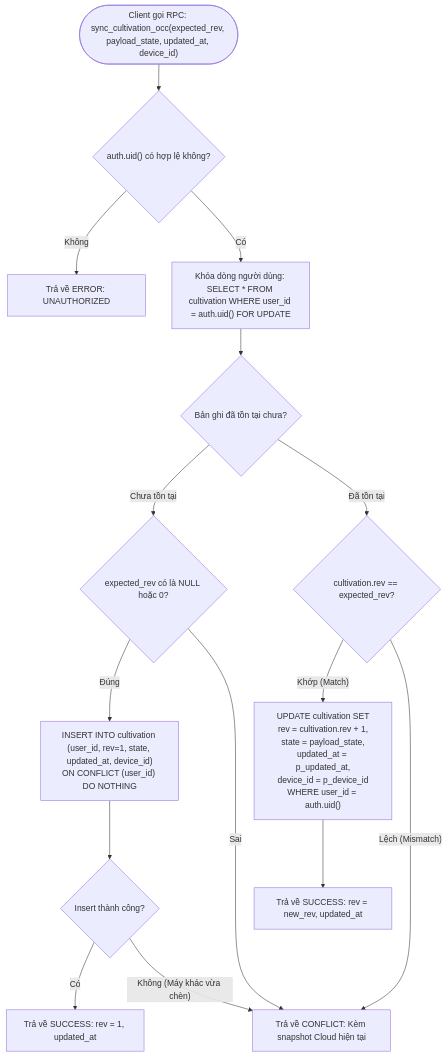
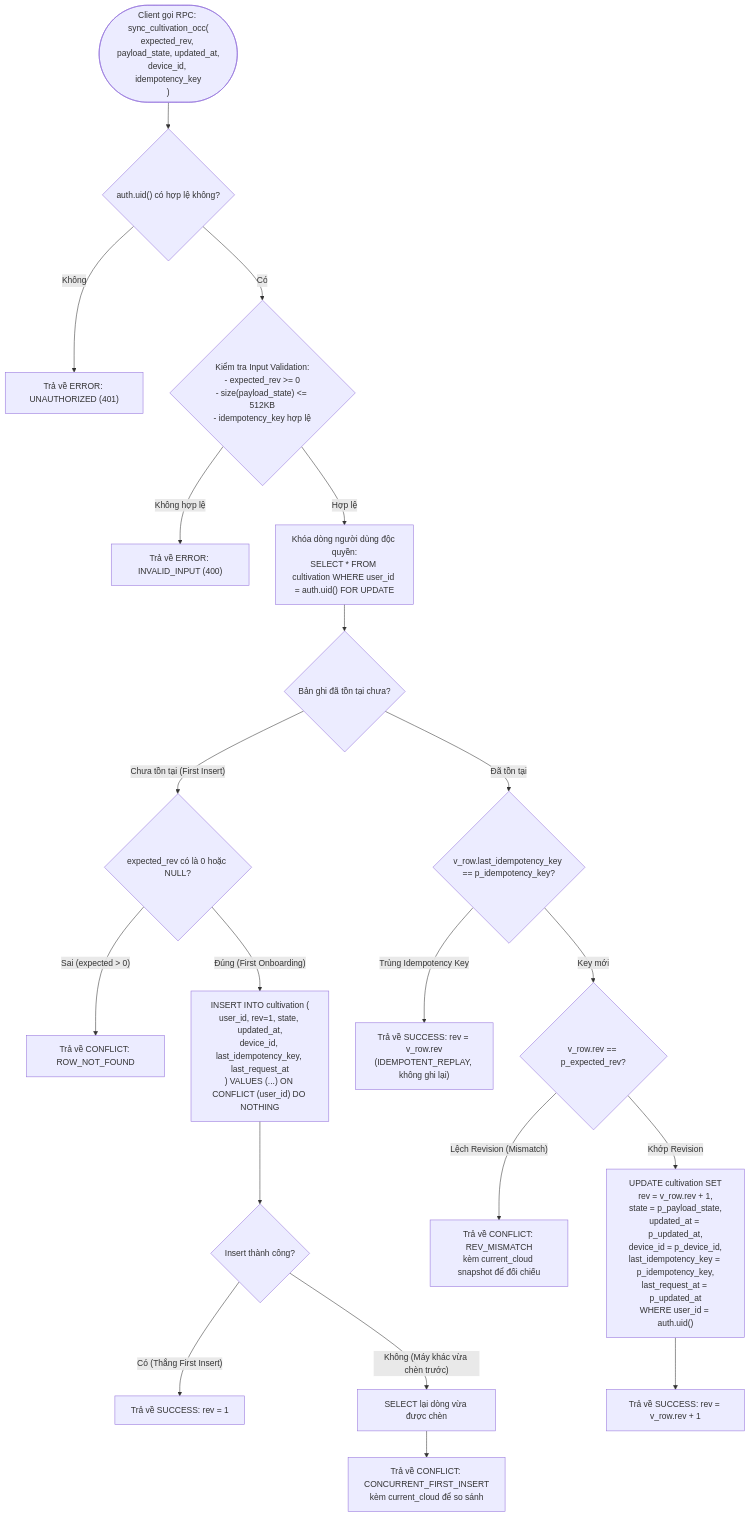
The fourth of 4 diagrams in docs/CULTIVATION_OCC_DESIGN.md (truevoidnan-commits/quangamchingoai), drawn with Mermaid before and after one commit. The commit also changed other lines of this file, not shown here.

Commit message:
docs: address review feedback on cultivation OCC design

````diff
--- a/docs/CULTIVATION_OCC_DESIGN.md
+++ b/docs/CULTIVATION_OCC_DESIGN.md
@@ -220,22 +256,29 @@
 ```mermaid
 flowchart TD
-    Start(["Client gọi RPC: sync_cultivation_occ(expected_rev, payload_state, updated_at, device_id)"]) --> AuthCheck{"auth.uid() có hợp lệ không?"}
+    Start(["Client gọi RPC: sync_cultivation_occ(\nexpected_rev, payload_state, updated_at,\ndevice_id, idempotency_key\n)"]) --> AuthCheck{"auth.uid() có hợp lệ không?"}
     
-    AuthCheck -- Không --> ReturnAuthErr["Trả về ERROR: UNAUTHORIZED"]
-    AuthCheck -- Có --> LockRow["Khóa dòng người dùng: SELECT * FROM cultivation WHERE user_id = auth.uid() FOR UPDATE"]
+    AuthCheck -- Không --> ReturnAuthErr["Trả về ERROR: UNAUTHORIZED (401)"]
+    AuthCheck -- Có --> InputVal{"Kiểm tra Input Validation:\n- expected_rev >= 0\n- size(payload_state) <= 512KB\n- idempotency_key hợp lệ"}
+    
+    InputVal -- Không hợp lệ --> ReturnBadInput["Trả về ERROR: INVALID_INPUT (400)"]
+    InputVal -- Hợp lệ --> LockRow["Khóa dòng người dùng độc quyền:\nSELECT * FROM cultivation WHERE user_id = auth.uid() FOR UPDATE"]
     
     LockRow --> CheckExist{"Bản ghi đã tồn tại chưa?"}
     
-    CheckExist -- "Chưa tồn tại" --> CheckFirstInsert{"expected_rev có là NULL hoặc 0?"}
-    CheckFirstInsert -- "Đúng" --> DoInsert["INSERT INTO cultivation (user_id, rev=1, state, updated_at, device_id)\nON CONFLICT (user_id) DO NOTHING"]
-    DoInsert --> CheckInserted{"Insert thành công?"}
-    CheckInserted -- "Có" --> ReturnSuccess["Trả về SUCCESS: rev = 1, updated_at"]
-    CheckInserted -- "Không (Máy khác vừa chèn)" --> ReturnConflict["Trả về CONFLICT: Kèm snapshot Cloud hiện tại"]
-    CheckFirstInsert -- "Sai" --> ReturnConflict
+    CheckExist -- "Chưa tồn tại (First Insert)" --> CheckFirstRev{"expected_rev có là 0 hoặc NULL?"}
+    CheckFirstRev -- "Sai (expected > 0)" --> ReturnConflictNotFound["Trả về CONFLICT: ROW_NOT_FOUND"]
+    CheckFirstRev -- "Đúng (First Onboarding)" --> DoInsert["INSERT INTO cultivation (\nuser_id, rev=1, state, updated_at,\ndevice_id, last_idempotency_key, last_request_at\n) VALUES (...) ON CONFLICT (user_id) DO NOTHING"]
+    DoInsert --> CheckInsertSuccess{"Insert thành công?"}
+    CheckInsertSuccess -- "Có (Thắng First Insert)" --> ReturnSuccessFirst["Trả về SUCCESS: rev = 1"]
+    CheckInsertSuccess -- "Không (Máy khác vừa chèn trước)" --> FetchNewRow["SELECT lại dòng vừa được chèn"]
+    FetchNewRow --> ReturnConflictConcurrent["Trả về CONFLICT: CONCURRENT_FIRST_INSERT\nkèm current_cloud để so sánh"]
     
-    CheckExist -- "Đã tồn tại" --> CheckRev{"cultivation.rev == expected_rev?"}
-    CheckRev -- "Khớp (Match)" --> DoUpdate["UPDATE cultivation SET\nrev = cultivation.rev + 1,\nstate = payload_state,\nupdated_at = p_updated_at,\ndevice_id = p_device_id\nWHERE user_id = auth.uid()"]
-    DoUpdate --> ReturnSuccessUpdate["Trả về SUCCESS: rev = new_rev, updated_at"]
+    CheckExist -- "Đã tồn tại" --> CheckIdempotent{"v_row.last_idempotency_key == p_idempotency_key?"}
+    CheckIdempotent -- "Trùng Idempotency Key" --> ReturnIdempotentReplay["Trả về SUCCESS: rev = v_row.rev\n(IDEMPOTENT_REPLAY, không ghi lại)"]
     
-    CheckRev -- "Lệch (Mismatch)" --> ReturnConflict
+    CheckIdempotent -- "Key mới" --> CheckRevMatch{"v_row.rev == p_expected_rev?"}
+    CheckRevMatch -- "Lệch Revision (Mismatch)" --> ReturnConflictRev["Trả về CONFLICT: REV_MISMATCH\nkèm current_cloud snapshot để đối chiếu"]
+    
+    CheckRevMatch -- "Khớp Revision" --> DoUpdate["UPDATE cultivation SET\nrev = v_row.rev + 1,\nstate = p_payload_state,\nupdated_at = p_updated_at,\ndevice_id = p_device_id,\nlast_idempotency_key = p_idempotency_key,\nlast_request_at = p_updated_at\nWHERE user_id = auth.uid()"]
+    DoUpdate --> ReturnSuccessUpdate["Trả về SUCCESS: rev = v_row.rev + 1"]
 ```
````
